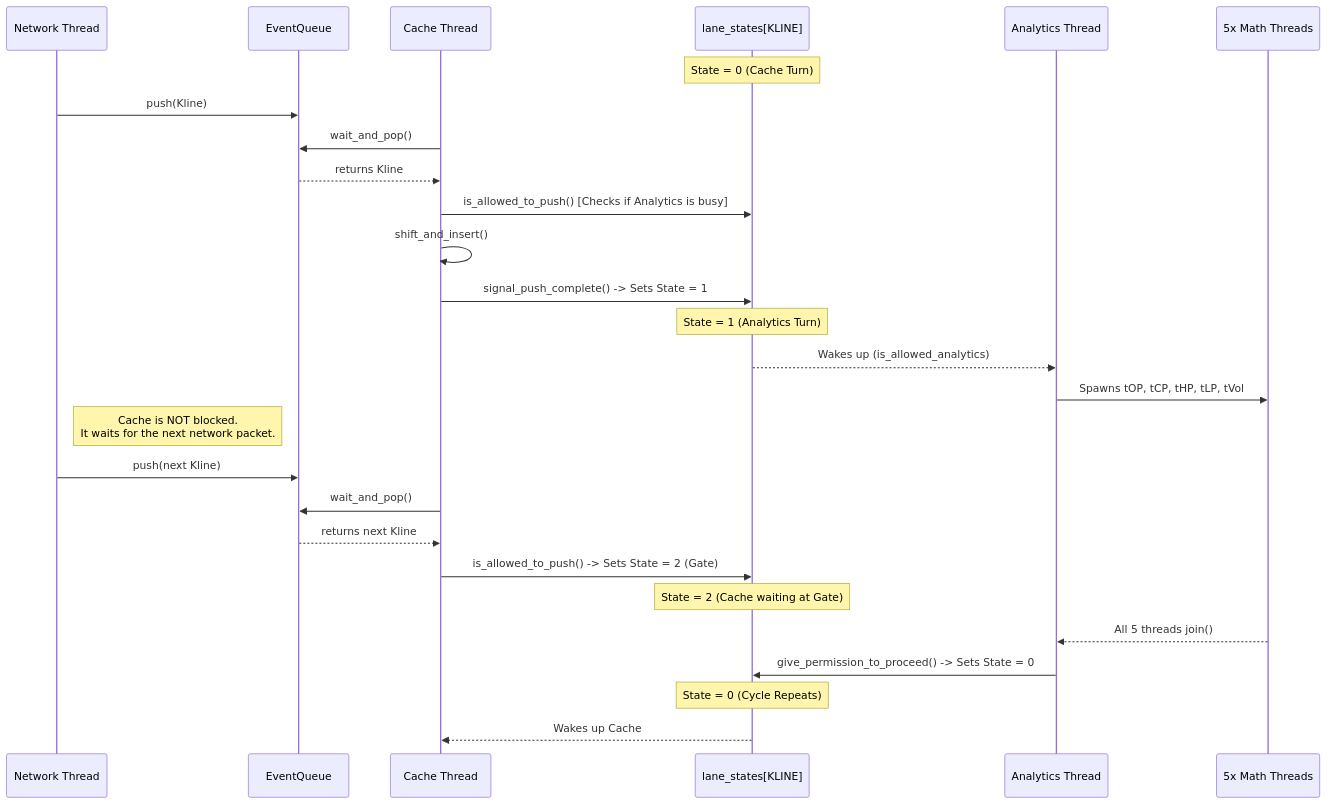
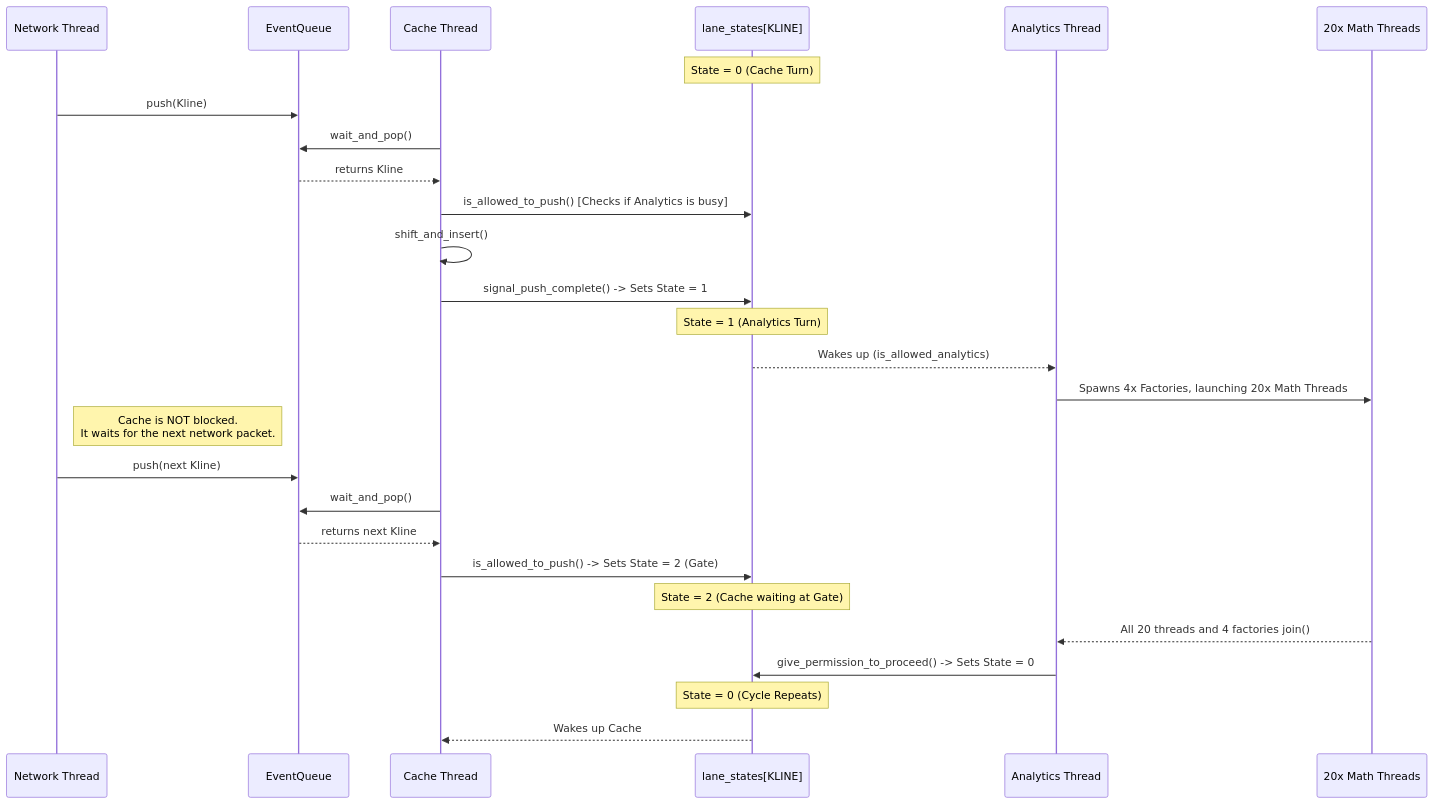
The fourth of 8 diagrams in docs/architecture_diagrams.md (salmanamir95/rt-da-btc), drawn with Mermaid before and after one commit. The commit also changed other lines of this file and 1 other file, not shown here.

````diff
--- a/docs/architecture_diagrams.md
+++ b/docs/architecture_diagrams.md
@@ -168,34 +208,34 @@
 ```mermaid
 sequenceDiagram
     participant Net as Network Thread
     participant Q as EventQueue
     participant Cache as Cache Thread
     participant State as lane_states[KLINE]
     participant Ana as Analytics Thread
-    participant Threads as 5x Math Threads
+    participant Threads as 20x Math Threads
 
     Note over State: State = 0 (Cache Turn)
     Net->>Q: push(Kline)
     Cache->>Q: wait_and_pop()
     Q-->>Cache: returns Kline
     Cache->>State: is_allowed_to_push() [Checks if Analytics is busy]
     Cache->>Cache: shift_and_insert()
     Cache->>State: signal_push_complete() -> Sets State = 1
     
     Note over State: State = 1 (Analytics Turn)
     State-->>Ana: Wakes up (is_allowed_analytics)
-    Ana->>Threads: Spawns tOP, tCP, tHP, tLP, tVol
+    Ana->>Threads: Spawns 4x Factories, launching 20x Math Threads
     
     Note right of Net: Cache is NOT blocked.<br/>It waits for the next network packet.
     Net->>Q: push(next Kline)
     Cache->>Q: wait_and_pop()
     Q-->>Cache: returns next Kline
     
     Cache->>State: is_allowed_to_push() -> Sets State = 2 (Gate)
     Note over State: State = 2 (Cache waiting at Gate)
     
-    Threads-->>Ana: All 5 threads join()
+    Threads-->>Ana: All 20 threads and 4 factories join()
     Ana->>State: give_permission_to_proceed() -> Sets State = 0
     Note over State: State = 0 (Cycle Repeats)
     State-->>Cache: Wakes up Cache
 ```
````
